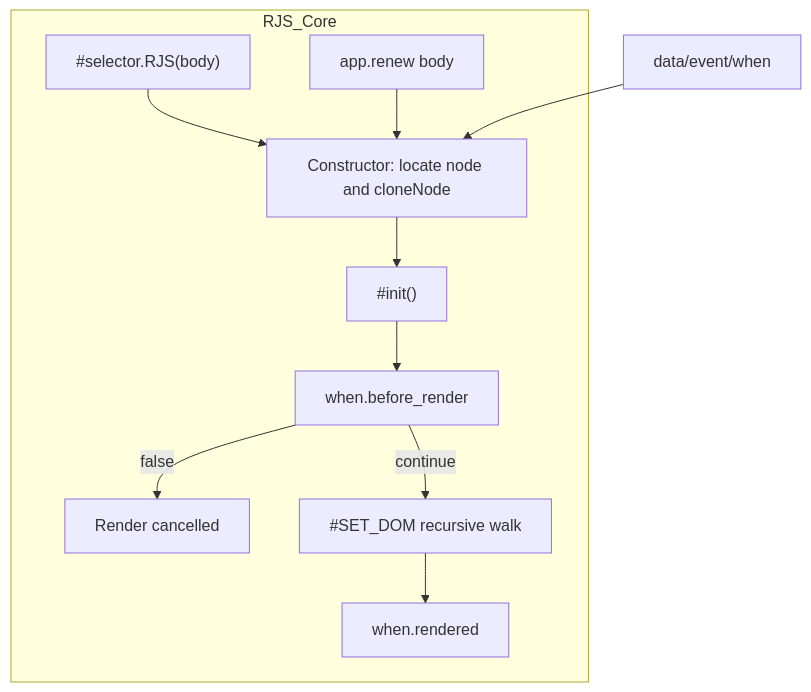
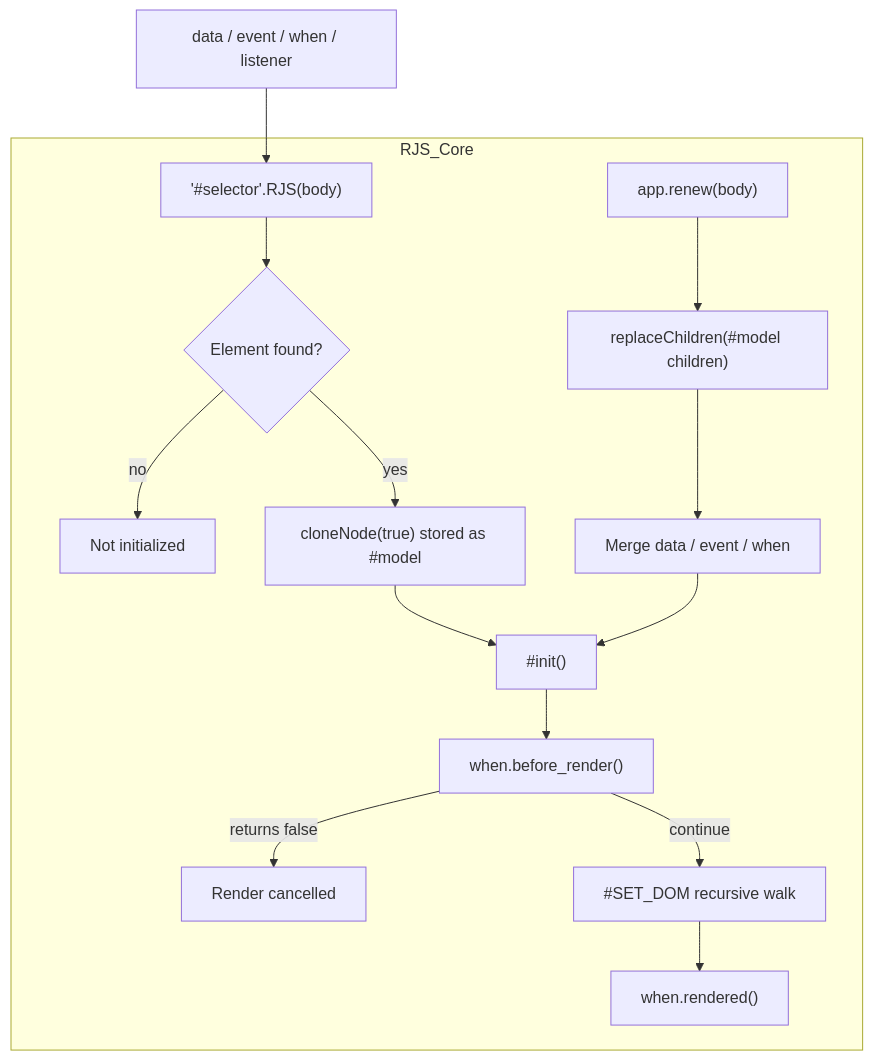
One commit to pardnio/RenderJS changed the third of 7 diagrams in doc/architecture.md. Above: the diagram before and after it, drawn with Mermaid. The commit also changed other lines of this file and 8 other files, not shown here.

````diff
--- a/doc/architecture.md
+++ b/doc/architecture.md
@@ -22,13 +40,17 @@
 ```mermaid
 graph TB
     subgraph RJS_Core
-        Entry["#selector.RJS(body)"] --> Ctor[Constructor: locate node and cloneNode]
-        Ctor --> Init["#init()"]
-        Init --> Before[when.before_render]
-        Before -->|false| Cancel[Render cancelled]
+        Entry["'#selector'.RJS(body)"] --> Find{Element found?}
+        Find -->|no| Stop[Not initialized]
+        Find -->|yes| Clone["cloneNode(true) stored as #model"]
+        Clone --> Init["#init()"]
+        Init --> Before["when.before_render()"]
+        Before -->|returns false| Cancel[Render cancelled]
         Before -->|continue| SetDOM["#SET_DOM recursive walk"]
-        SetDOM --> After[when.rendered]
-        Renew[app.renew body] --> Ctor
+        SetDOM --> After["when.rendered()"]
+        Renew["app.renew(body)"] --> Restore["replaceChildren(#model children)"]
+        Restore --> Merge[Merge data / event / when]
+        Merge --> Init
     end
-    Model[data/event/when] --> Ctor
+    Body[data / event / when / listener] --> Entry
 ```
````
